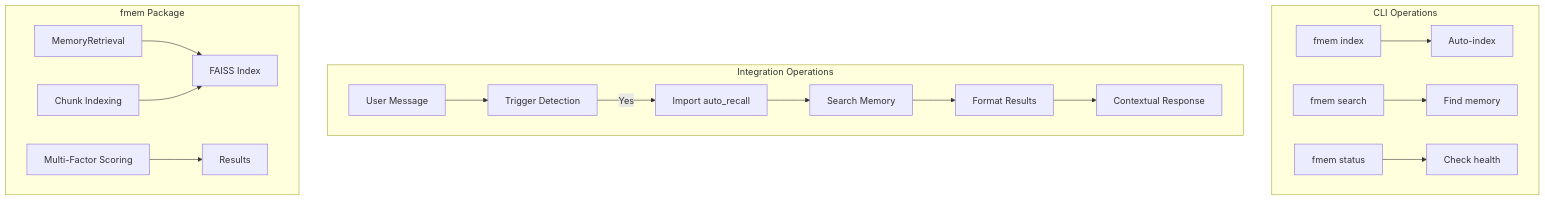
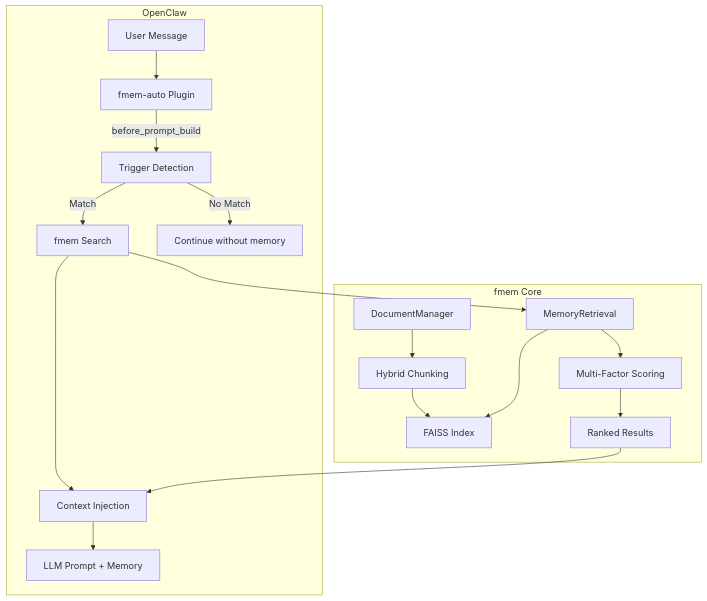
Before and after one commit to LuisEduardoAvila/fmem: the third of 3 diagrams in README.md, drawn with Mermaid. The commit also changed other lines of this file and 5 other files, not shown here.

First line of the commit message:
docs: update documentation for fmem-auto plugin

````diff
--- a/README.md
+++ b/README.md
@@ -158,22 +306,22 @@
 ```mermaid
 graph TB
-    subgraph CLI Operations
-        A[fmem index] --> B[Auto-index]
-        C[fmem search] --> D[Find memory]
-        E[fmem status] --> F[Check health]
+    subgraph OpenClaw
+        A[User Message] --> B[fmem-auto Plugin]
+        B -->|before_prompt_build| C[Trigger Detection]
+        C -->|Match| D[fmem Search]
+        C -->|No Match| E[Continue without memory]
+        D --> F[Context Injection]
+        F --> G[LLM Prompt + Memory]
     end
-    
-    subgraph Integration Operations
-        G[User Message] --> H[Trigger Detection]
-        H -->|Yes| I[Import auto_recall]
-        I --> J[Search Memory]
-        J --> K[Format Results]
-        K --> L[Contextual Response]
+
+    subgraph fmem Core
+        H[DocumentManager] --> I[Hybrid Chunking]
+        I --> J[FAISS Index]
+        K[MemoryRetrieval] --> J
+        L[Multi-Factor Scoring] --> M[Ranked Results]
     end
-    
-    subgraph fmem Package
-        M[MemoryRetrieval] --> N[FAISS Index]
-        O[Chunk Indexing] --> N
-        P[Multi-Factor Scoring] --> Q[Results]
-    end
+
+    D --> K
+    K --> L
+    M --> F
 ```
````
